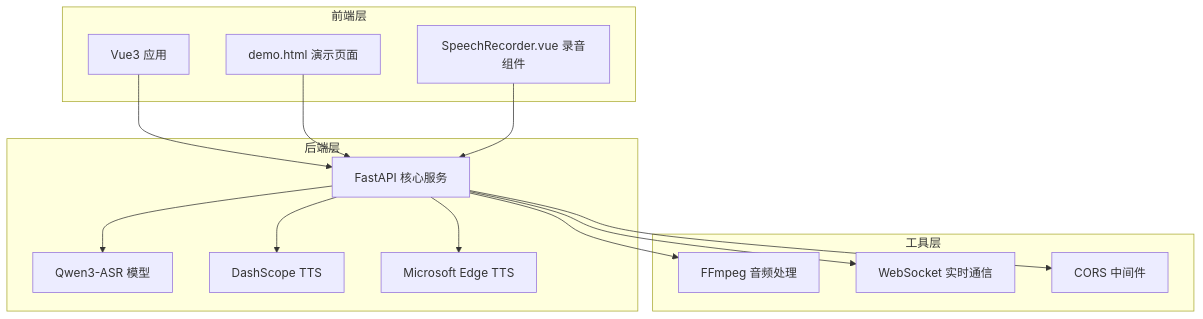
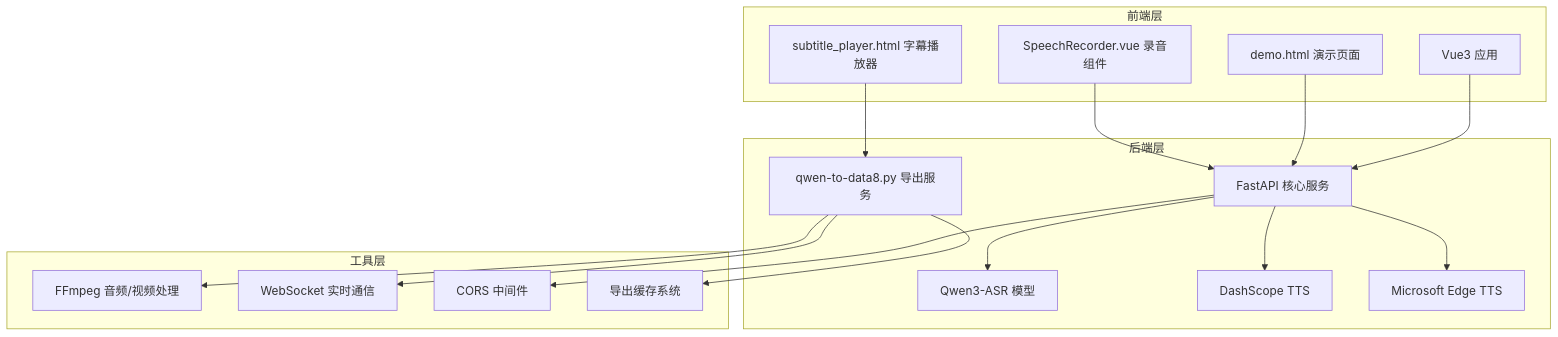
One commit to 1024dashen/Vue3Speech changed the first of 4 diagrams in .qoder/repowiki/zh/content/API接口参考/HTTP RESTful API端点.md. Above: the diagram before and after it, drawn with Mermaid. The commit also changed other lines of this file and 15 other files, not shown here.

````diff
--- a/.qoder/repowiki/zh/content/API接口参考/HTTP RESTful API端点.md
+++ b/.qoder/repowiki/zh/content/API接口参考/HTTP RESTful API端点.md
@@ -31,28 +41,33 @@
 ```mermaid
 graph TB
 subgraph "前端层"
 Vue[Vue3 应用]
 Demo[demo.html 演示页面]
 Recorder[SpeechRecorder.vue 录音组件]
+Player[subtitle_player.html 字幕播放器]
 end
 subgraph "后端层"
 FastAPI[FastAPI 核心服务]
 ASR[Qwen3-ASR 模型]
 TTS[DashScope TTS]
 EdgeTTS[Microsoft Edge TTS]
+Export[qwen-to-data8.py 导出服务]
 end
 subgraph "工具层"
-FFmpeg[FFmpeg 音频处理]
+FFmpeg[FFmpeg 音频/视频处理]
 WebSocket[WebSocket 实时通信]
 CORS[CORS 中间件]
+ExportCache[导出缓存系统]
 end
 Vue --> FastAPI
 Demo --> FastAPI
 Recorder --> FastAPI
+Player --> Export
 FastAPI --> ASR
 FastAPI --> TTS
 FastAPI --> EdgeTTS
-FastAPI --> FFmpeg
-FastAPI --> WebSocket
+Export --> FFmpeg
+Export --> WebSocket
+Export --> ExportCache
 FastAPI --> CORS
 ```
````
